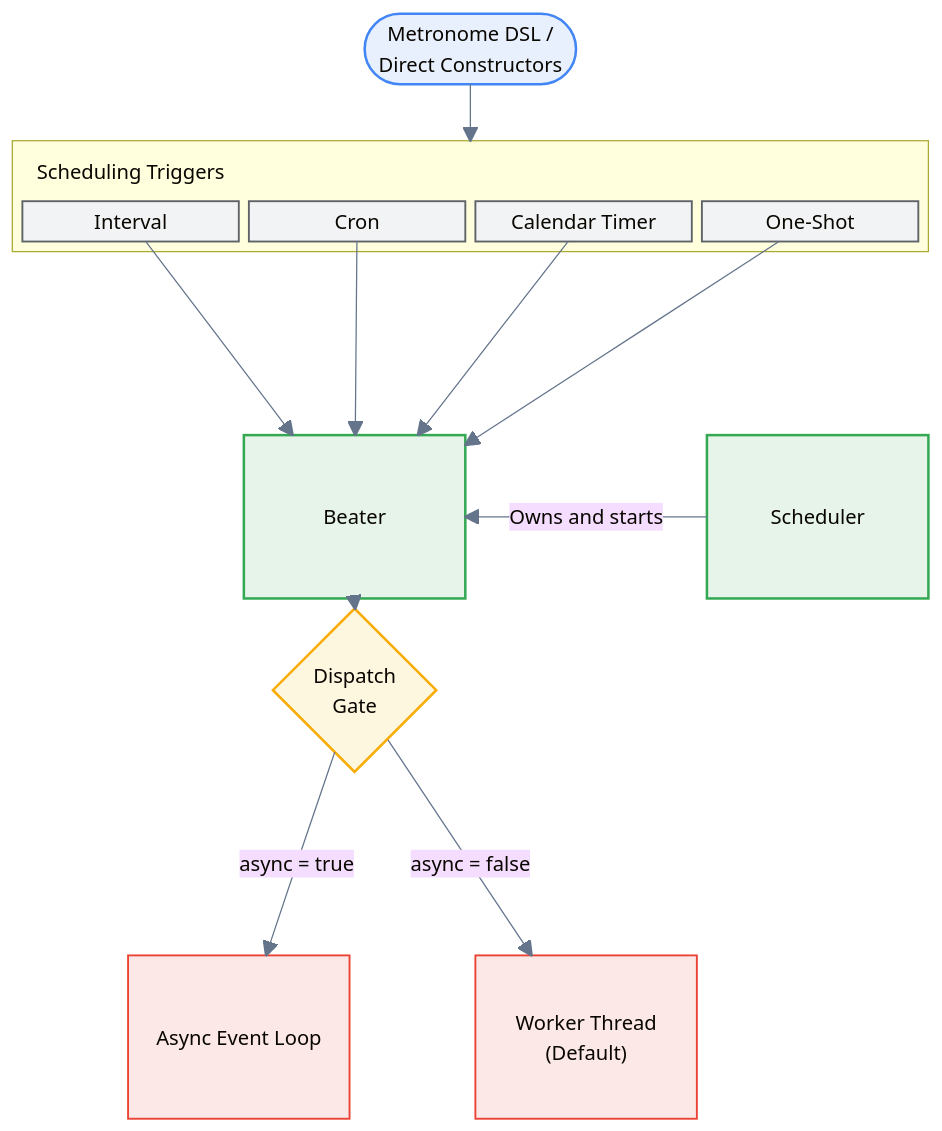
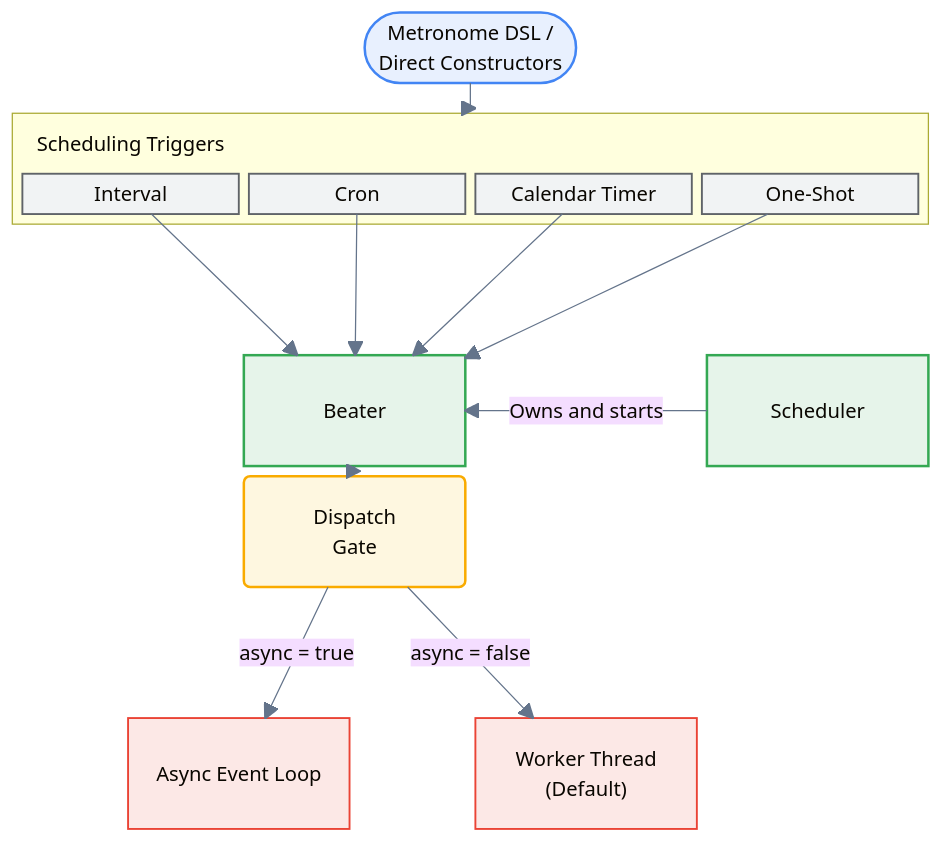
One commit to titanomachy/Metronome changed the diagram in README.md. Above: the diagram before and after it, drawn with Mermaid. The commit also changed 1 other file, not shown here.

Commit message:
Refactor conceptual application diagram

````diff
--- a/README.md
+++ b/README.md
@@ -42,50 +42,50 @@
 ```mermaid
 ---
 config:
   theme: base
   themeVariables:
     textColor: "#202124"
     primaryTextColor: "#202124"
     lineColor: "#64748b"
 ---
 block-beta
   columns 8
   space:3 DSL(["Metronome DSL /<br/>Direct Constructors"]):2 space:3
 
   block:INTERFACES:8
     columns 4
     TRIGGER_TITLE["Scheduling Triggers"]:4
     EVERY["Interval"] CRON["Cron"] TIMER["Calendar Timer"] AT["One-Shot"]
   end
 
   space:8
   %% Keep Scheduler to the right of Beater on the same row.
   space:2 BEATER["Beater"]:2 space:2 SCHEDULER["Scheduler"]:2
-  space:2 GATE{"Dispatch<br/>Gate"}:2 space:4
+  space:2 GATE("Dispatch<br/>Gate"):2 space:4
   space:8
   space ASYNC["Async Event Loop"]:2 space THREAD["Worker Thread<br/>(Default)"]:2 space:2
 
   DSL --> INTERFACES
   EVERY --> BEATER
   CRON --> BEATER
   TIMER --> BEATER
   AT --> BEATER
   SCHEDULER -- "Owns and starts" --> BEATER
   BEATER --> GATE
   GATE -- "async = true" --> ASYNC
   GATE -- "async = false" --> THREAD
 
   class DSL entry
   class EVERY,CRON,TIMER,AT trigger
   class BEATER,SCHEDULER core
   class GATE gate
   class ASYNC,THREAD target
 
   classDef entry fill:#e8f0fe,stroke:#4285f4,stroke-width:2px,color:#174ea6;
   classDef trigger fill:#f1f3f4,stroke:#5f6368,stroke-width:1.5px,color:#202124;
   classDef core fill:#e6f4ea,stroke:#34a853,stroke-width:2px,color:#137333;
   classDef gate fill:#fef7e0,stroke:#f9ab00,stroke-width:2px,color:#b06000;
   classDef target fill:#fce8e6,stroke:#ea4335,stroke-width:1.5px,color:#c5221f;
   style TRIGGER_TITLE fill:none,stroke:none;
   style INTERFACES fill:#ffffde,stroke:#aaaa33,stroke-width:1px;
 ```
````
